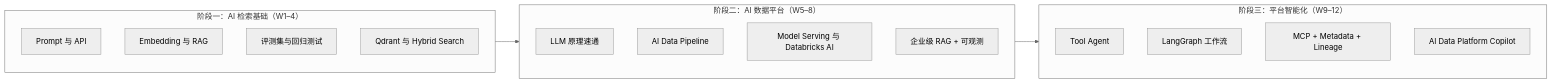
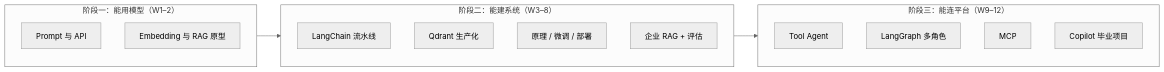
Before and after one commit to sgqzj2000/ai-learning: the diagram in README.md, drawn with Mermaid (neutral theme). The commit also changed other lines of this file, not shown here.

First line of the commit message:
Expand README with AI data governance and Week 11 controls

````diff
--- a/README.md
+++ b/README.md
@@ -54,22 +54,20 @@
 ```mermaid
 flowchart LR
-  subgraph P1["阶段一：AI 检索基础（W1–4）"]
+  subgraph P1["阶段一：能用模型（W1–2）"]
     A1[Prompt 与 API]
-    A2[Embedding 与 RAG]
-    A3[评测集与回归测试]
-    A4[Qdrant 与 Hybrid Search]
+    A2[Embedding 与 RAG 原型]
   end
-  subgraph P2["阶段二：AI 数据平台（W5–8）"]
-    B1[LLM 原理速通]
-    B2[AI Data Pipeline]
-    B3[Model Serving 与 Databricks AI]
-    B4[企业级 RAG + 可观测]
+  subgraph P2["阶段二：能建系统（W3–8）"]
+    B1[LangChain 流水线]
+    B2[Qdrant 生产化]
+    B3[原理 / 微调 / 部署]
+    B4[企业 RAG + 评估]
   end
-  subgraph P3["阶段三：平台智能化（W9–12）"]
+  subgraph P3["阶段三：能连平台（W9–12）"]
     C1[Tool Agent]
-    C2[LangGraph 工作流]
-    C3[MCP + Metadata + Lineage]
-    C4[AI Data Platform Copilot]
+    C2[LangGraph 多角色]
+    C3[MCP]
+    C4[Copilot 毕业项目]
   end
   P1 --> P2 --> P3
 ```
````
